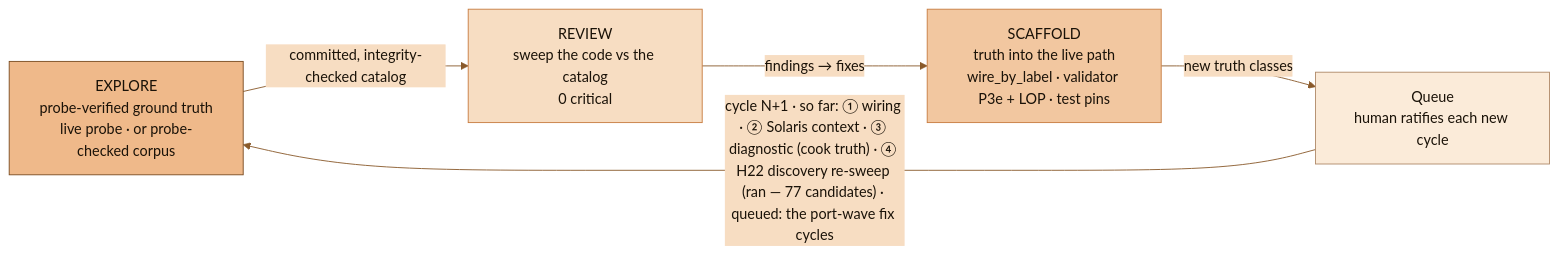
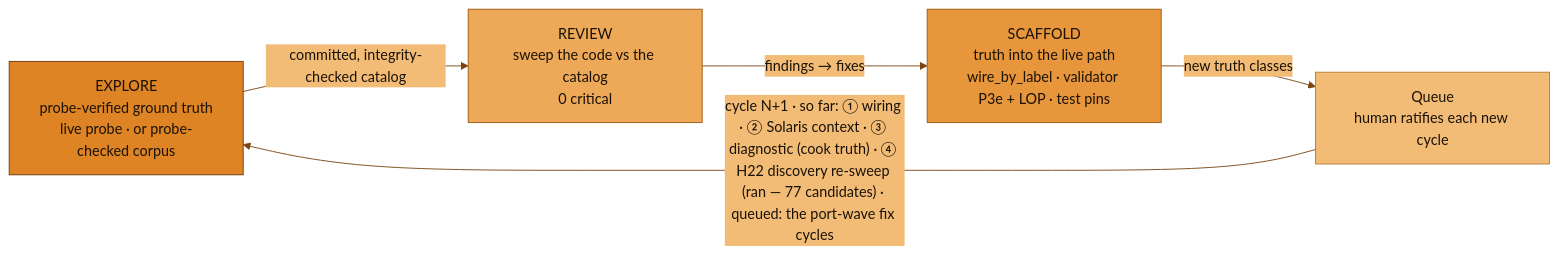
Before and after one commit to JosephOIbrahim/Synapse: the fourth of 7 diagrams in README.md, drawn with Mermaid. The commit also changed other lines of this file, not shown here.

Commit message:
docs(readme): deepen the mermaid orange — darker, more saturated

````diff
--- a/README.md
+++ b/README.md
@@ -173,12 +173,12 @@
 ```mermaid
-%%{init: {'theme':'base', 'themeVariables': {'primaryColor':'#F2C7A0','primaryTextColor':'#1A1208','primaryBorderColor':'#C77B3F','lineColor':'#8A5A2B','secondaryColor':'#F7DDC2','tertiaryColor':'#FBEBD9','edgeLabelBackground':'#F7DDC2','clusterBkg':'#FBEBD9','clusterBorder':'#C77B3F'}}}%%
+%%{init: {'theme':'base', 'themeVariables': {'primaryColor':'#E8963B','primaryTextColor':'#1A1208','primaryBorderColor':'#9C5A10','lineColor':'#7A4310','secondaryColor':'#EEA958','tertiaryColor':'#F2BC77','edgeLabelBackground':'#F2BC77','clusterBkg':'#F2BC77','clusterBorder':'#9C5A10'}}}%%
 flowchart LR
     EXP["EXPLORE<br/>probe-verified ground truth<br/>live probe · or probe-checked corpus"]:::hou -->|"committed, integrity-checked catalog"| REV["REVIEW<br/>sweep the code vs the catalog<br/>0 critical"]:::bridge
     REV -->|"findings → fixes"| SCAF["SCAFFOLD<br/>truth into the live path<br/>wire_by_label · validator P3e + LOP · test pins"]:::panel
     SCAF -->|"new truth classes"| NEXT["Queue<br/>human ratifies each new cycle"]:::side
     NEXT -->|"cycle N+1 · so far: ① wiring · ② Solaris context · ③ diagnostic (cook truth) · ④ H22 discovery re-sweep (ran — 77 candidates) · queued: the port-wave fix cycles"| EXP
-    classDef panel fill:#F2C7A0,stroke:#C77B3F,color:#1A1208
-    classDef bridge fill:#F7DDC2,stroke:#C77B3F,color:#1A1208
-    classDef hou fill:#EFB98A,stroke:#7A4A1F,color:#1A1208
-    classDef side fill:#FBEBD9,stroke:#B08968,color:#1A1208
+    classDef panel fill:#E8963B,stroke:#9C5A10,color:#1A1208
+    classDef bridge fill:#EEA958,stroke:#9C5A10,color:#1A1208
+    classDef hou fill:#DE8425,stroke:#6B3A0C,color:#1A1208
+    classDef side fill:#F2BC77,stroke:#B37A33,color:#1A1208
 ```
````
